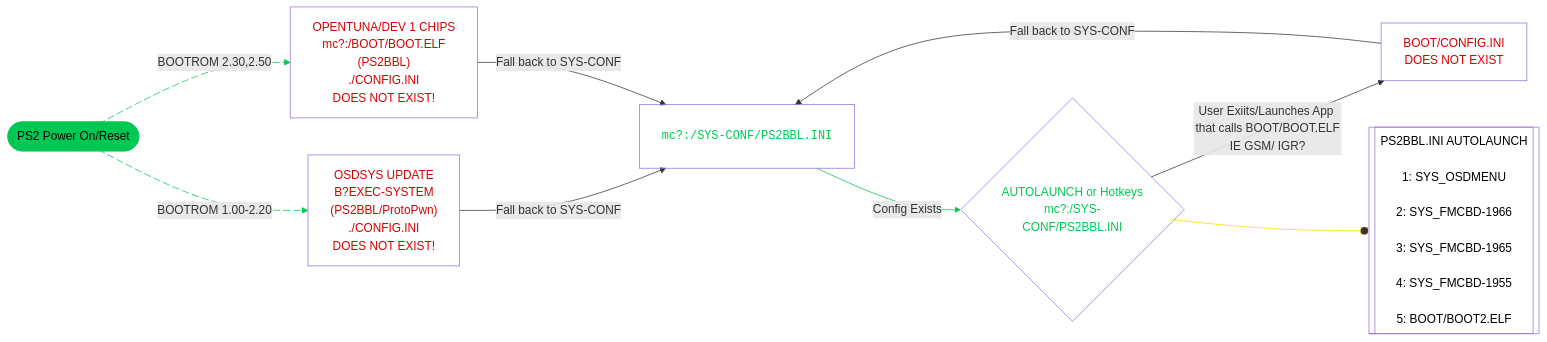
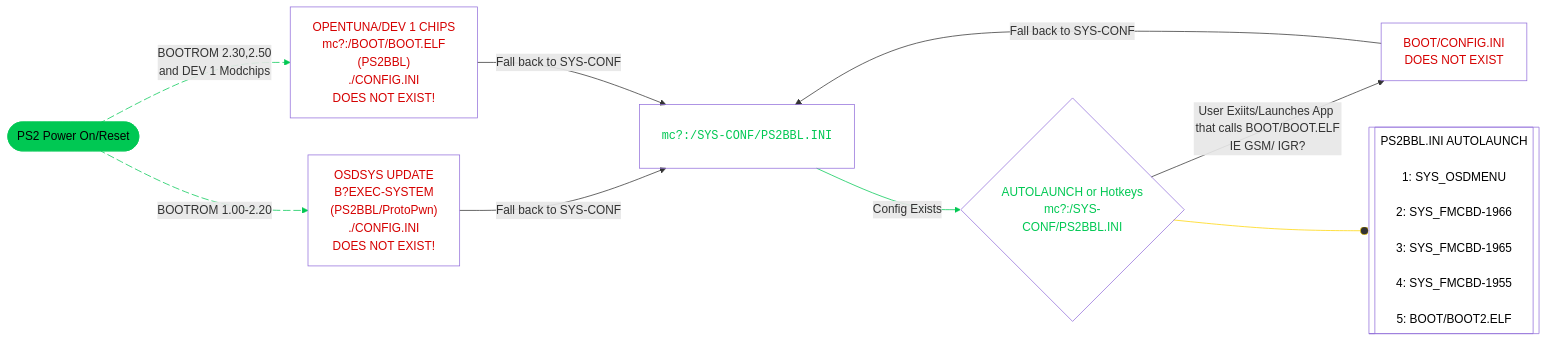
The diagram in docs/umcs/index.md (playerjmr/ps2homebrewstore), drawn with Mermaid before and after one commit.

````diff
--- a/docs/umcs/index.md
+++ b/docs/umcs/index.md
@@ -74,33 +74,33 @@
 ```mermaid
 graph LR
     A(["PS2 Power On/Reset"]) L_A_B_0@-- "BOOTROM 1.00-2.20" --> B["OSDSYS UPDATE<br>B?EXEC-SYSTEM<br>(PS2BBL/ProtoPwn)<br>./CONFIG.INI <br>DOES NOT EXIST!"]
-    A L_A_n1_0@-- "BOOTROM 2.30,2.50" --> n1["OPENTUNA/DEV 1 CHIPS<br>mc?:/BOOT/BOOT.ELF<br>(PS2BBL)<br>./CONFIG.INI <br>DOES NOT EXIST!"]
+    A L_A_n1_0@-- "BOOTROM 2.30,2.50</br>and DEV 1 Modchips" --> n1["OPENTUNA/DEV 1 CHIPS<br>mc?:/BOOT/BOOT.ELF<br>(PS2BBL)<br>./CONFIG.INI <br>DOES NOT EXIST!"]
     n5@{ label: "<pre style=\"font-family:\"><code style=\"font-family:\">mc?:/SYS-CONF/PS2BBL.INI</code></pre>" } -- Config Exists --> n6["AUTOLAUNCH or Hotkeys<br>mc?:/SYS-CONF/PS2BBL.INI"]
     B -- "Fall back to SYS-CONF" --> n5
     n1 -- "Fall back to SYS-CONF" --> n5
     n6 -- "User Exiits/Launches App that calls BOOT/BOOT.ELF<br>IE GSM/ IGR?" --> n7["BOOT/CONFIG.INI <br>DOES NOT EXIST"]
     n7 -- "Fall back to SYS-CONF" --> n5
     n6 --o n10@{ label: "PS2BBL.INI AUTOLAUNCH<br style=\"--tw-scale-x:\"><br style=\"--tw-scale-x:\">1: SYS_OSDMENU<br style=\"--tw-scale-x:\"><br style=\"--tw-scale-x:\">2: SYS_FMCBD-1966<br style=\"--tw-scale-x:\"><br style=\"--tw-scale-x:\">3: SYS_FMCBD-1965<br style=\"--tw-scale-x:\"><br style=\"--tw-scale-x:\">4: SYS_FMCBD-1955<br style=\"--tw-scale-x:\"><br style=\"--tw-scale-x:\">5: BOOT/BOOT2.ELF" }
     B@{ shape: rect}
     n1@{ shape: rect}
     n5@{ shape: proc}
     n6@{ shape: diam}
     n7@{ shape: rect}
     n10@{ shape: subproc}
      A:::Ash
     classDef Ash stroke-width:1px, stroke-dasharray:none, stroke:#999999, fill:#EEEEEE, color:#000000
     style A stroke:#00C853,fill:#00C853,color:none
     style B color:#D50000,fill:transparent
     style n1 color:#D50000,fill:transparent
     style n5 fill:transparent,color:#00C853
     style n6 fill:transparent,color:#00C853
     style n7 fill:transparent,color:#D50000
     style n10 fill:transparent,color:#000000
     linkStyle 0 stroke:#00C853,fill:none
     linkStyle 1 stroke:#00C853,fill:none
     linkStyle 2 stroke:#00C853,fill:none
     linkStyle 7 stroke:#FFD600,fill:none
     L_A_B_0@{ animation: slow } 
     L_A_n1_0@{ animation: slow }
 
 ```
````
